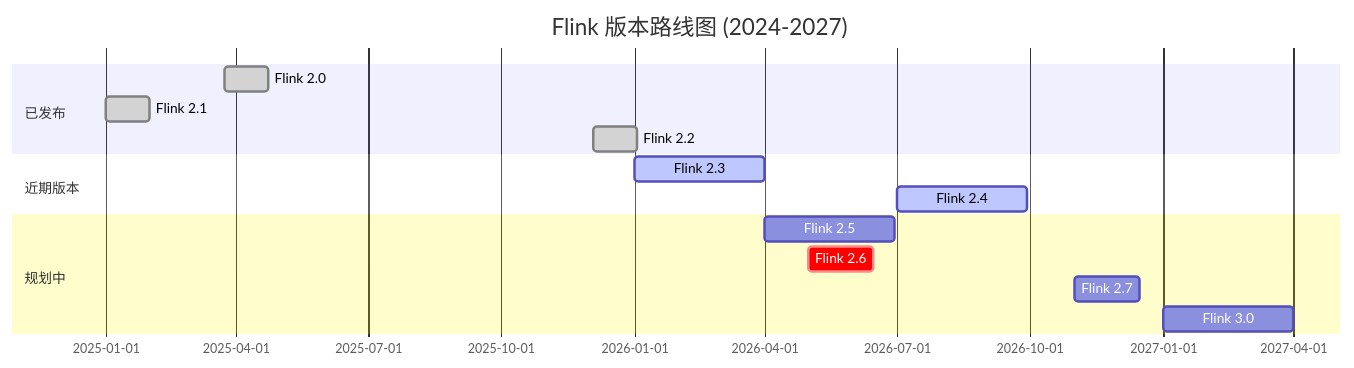
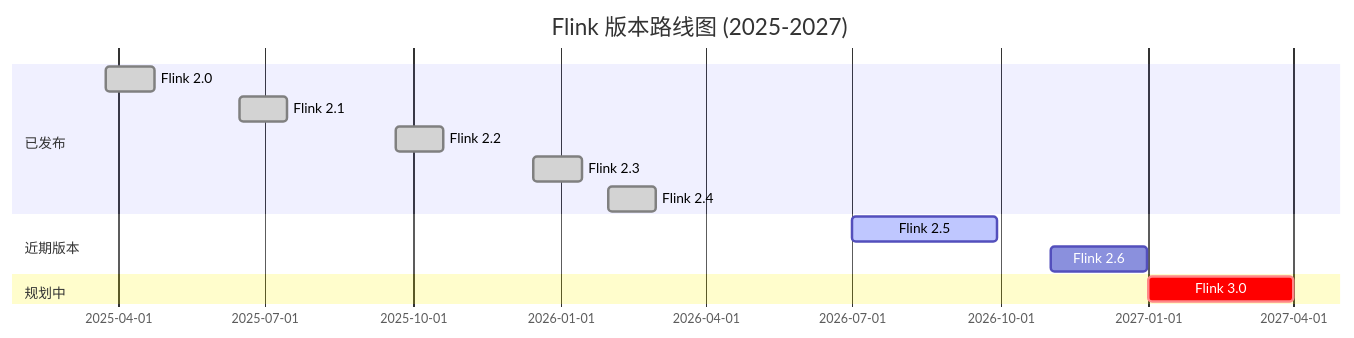
One commit to AdaMartin18010/AnalysisDataFlow changed the diagram in Flink/00-meta/version-tracking.md. Above: the diagram before and after it, drawn with Mermaid. The commit also changed other lines of this file and 25 other files, not shown here.

````diff
--- a/Flink/00-meta/version-tracking.md
+++ b/Flink/00-meta/version-tracking.md
@@ -10,20 +10,19 @@
 ```mermaid
 gantt
-    title Flink 版本路线图 (2024-2027)
+    title Flink 版本路线图 (2025-2027)
     dateFormat  YYYY-MM-DD
 
     section 已发布
     Flink 2.0           :done, 2025-03-24, 30d
-    Flink 2.1           :done, 2025-01-01, 30d
-    Flink 2.2           :done, 2025-12-04, 30d
+    Flink 2.1           :done, 2025-06-15, 30d
+    Flink 2.2           :done, 2025-09-20, 30d
+    Flink 2.3           :done, 2025-12-15, 30d
+    Flink 2.4           :done, 2026-01-30, 30d
 
     section 近期版本
-    Flink 2.3           :active, 2026-01-01, 90d
-    Flink 2.4           :active, 2026-07-01, 90d
+    Flink 2.5           :active, 2026-07-01, 90d
+    Flink 2.6           :2026-11-01, 60d
 
     section 规划中
-    Flink 2.5           :2026-04-01, 90d
-    Flink 2.6           :crit, 2026-05-01, 45d
-    Flink 2.7           :2026-11-01, 45d
-    Flink 3.0           :2027-01-01, 90d
+    Flink 3.0           :crit, 2027-01-01, 90d
 ```
````
